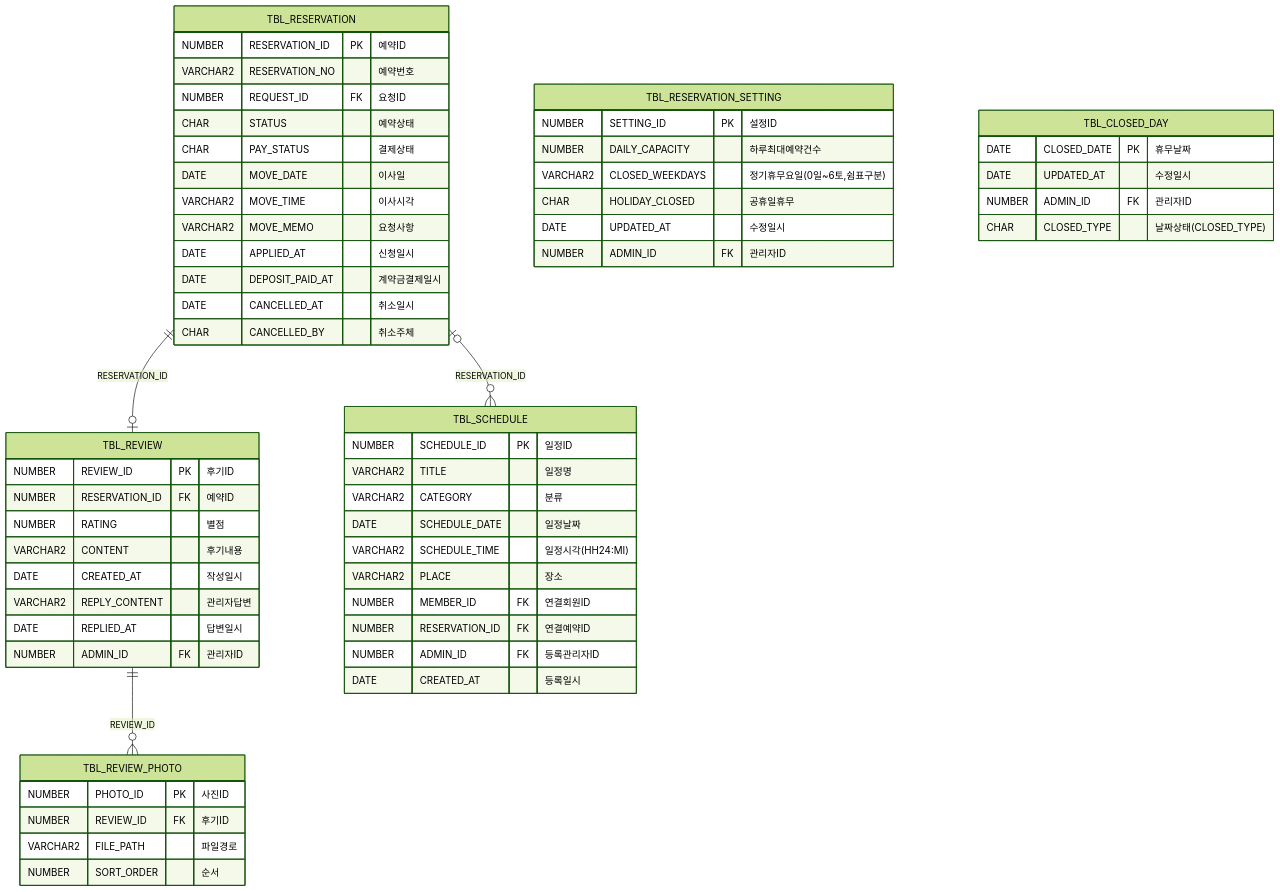
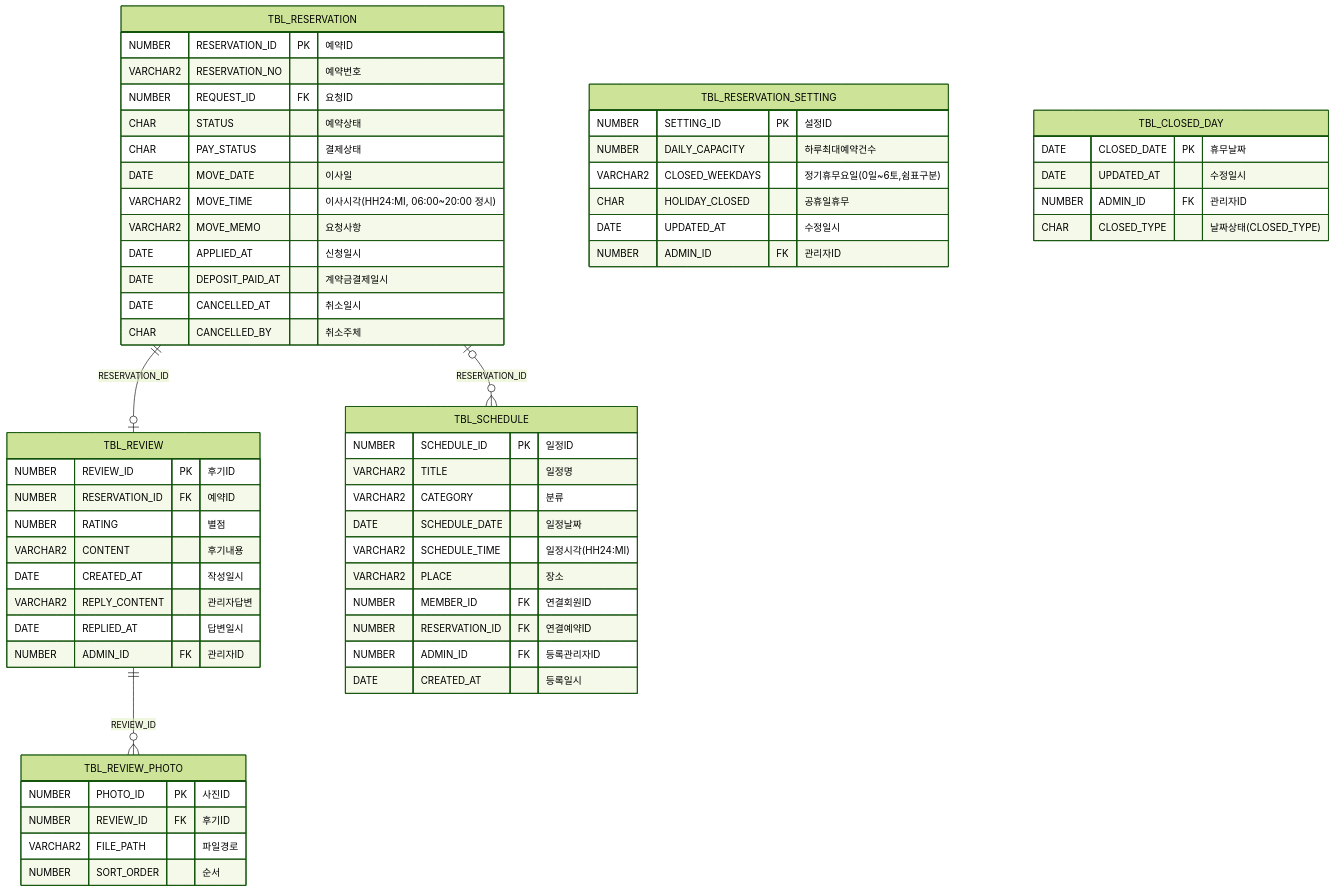
Before and after one commit to hyewan01/CodeMove-AI: the third of 7 diagrams in docs/erd/ERD.md, drawn with Mermaid (forest theme). The commit also changed other lines of this file and 3 other files, not shown here.

First line of the commit message:
Accept only 6:00-20:00 move times on the server and note it in the ERD

````diff
--- a/docs/erd/ERD.md
+++ b/docs/erd/ERD.md
@@ -159,62 +159,62 @@
 ```mermaid
 erDiagram
     TBL_RESERVATION {
         NUMBER RESERVATION_ID PK "예약ID"
         VARCHAR2 RESERVATION_NO "예약번호"
         NUMBER REQUEST_ID FK "요청ID"
         CHAR STATUS "예약상태"
         CHAR PAY_STATUS "결제상태"
         DATE MOVE_DATE "이사일"
-        VARCHAR2 MOVE_TIME "이사시각"
+        VARCHAR2 MOVE_TIME "이사시각(HH24:MI, 06:00~20:00 정시)"
         VARCHAR2 MOVE_MEMO "요청사항"
         DATE APPLIED_AT "신청일시"
         DATE DEPOSIT_PAID_AT "계약금결제일시"
         DATE CANCELLED_AT "취소일시"
         CHAR CANCELLED_BY "취소주체"
     }
     TBL_REVIEW {
         NUMBER REVIEW_ID PK "후기ID"
         NUMBER RESERVATION_ID FK "예약ID"
         NUMBER RATING "별점"
         VARCHAR2 CONTENT "후기내용"
         DATE CREATED_AT "작성일시"
         VARCHAR2 REPLY_CONTENT "관리자답변"
         DATE REPLIED_AT "답변일시"
         NUMBER ADMIN_ID FK "관리자ID"
     }
     TBL_REVIEW_PHOTO {
         NUMBER PHOTO_ID PK "사진ID"
         NUMBER REVIEW_ID FK "후기ID"
         VARCHAR2 FILE_PATH "파일경로"
         NUMBER SORT_ORDER "순서"
     }
     TBL_SCHEDULE {
         NUMBER SCHEDULE_ID PK "일정ID"
         VARCHAR2 TITLE "일정명"
         VARCHAR2 CATEGORY "분류"
         DATE SCHEDULE_DATE "일정날짜"
         VARCHAR2 SCHEDULE_TIME "일정시각(HH24:MI)"
         VARCHAR2 PLACE "장소"
         NUMBER MEMBER_ID FK "연결회원ID"
         NUMBER RESERVATION_ID FK "연결예약ID"
         NUMBER ADMIN_ID FK "등록관리자ID"
         DATE CREATED_AT "등록일시"
     }
     TBL_RESERVATION_SETTING {
         NUMBER SETTING_ID PK "설정ID"
         NUMBER DAILY_CAPACITY "하루최대예약건수"
         VARCHAR2 CLOSED_WEEKDAYS "정기휴무요일(0일~6토,쉼표구분)"
         CHAR HOLIDAY_CLOSED "공휴일휴무"
         DATE UPDATED_AT "수정일시"
         NUMBER ADMIN_ID FK "관리자ID"
     }
     TBL_CLOSED_DAY {
         DATE CLOSED_DATE PK "휴무날짜"
         DATE UPDATED_AT "수정일시"
         NUMBER ADMIN_ID FK "관리자ID"
         CHAR CLOSED_TYPE "날짜상태(CLOSED_TYPE)"
     }
     TBL_RESERVATION ||--o| TBL_REVIEW : "RESERVATION_ID"
     TBL_REVIEW ||--o{ TBL_REVIEW_PHOTO : "REVIEW_ID"
     TBL_RESERVATION |o--o{ TBL_SCHEDULE : "RESERVATION_ID"
 ```
````
